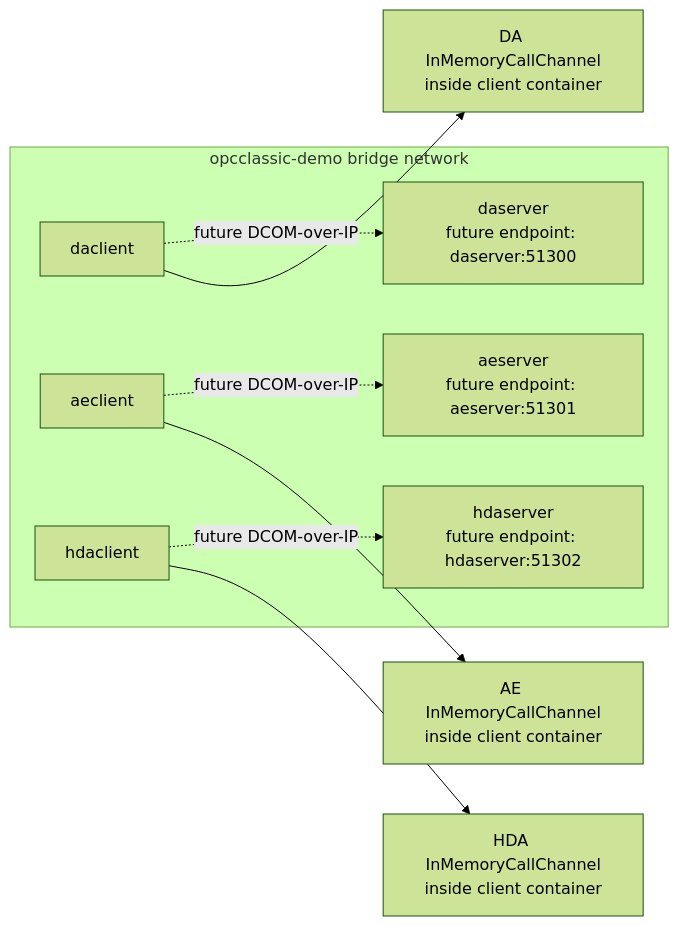
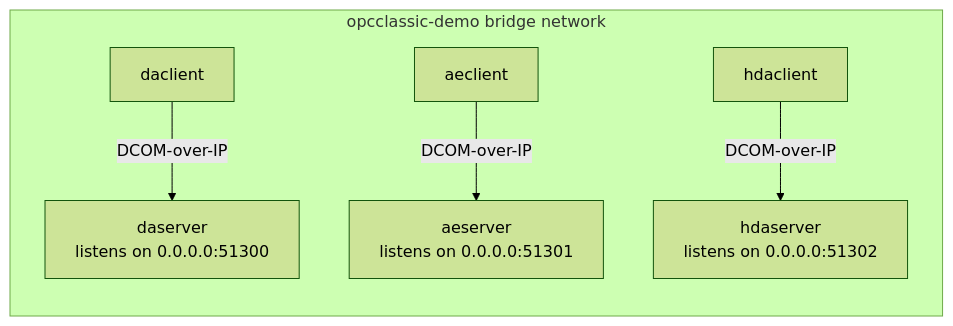
The diagram in samples/README.docker.md (marcschier/opc-classic), drawn with Mermaid (forest theme) before and after one commit. The commit also changed other lines of this file and 1 other file, not shown here.

````diff
--- a/samples/README.docker.md
+++ b/samples/README.docker.md
@@ -23,18 +25,14 @@
 ```mermaid
 flowchart LR
     subgraph net[opcclassic-demo bridge network]
-        daserver["daserver<br/>future endpoint: daserver:51300"]
+        daserver["daserver<br/>listens on 0.0.0.0:51300"]
         daclient[daclient]
-        aeserver["aeserver<br/>future endpoint: aeserver:51301"]
+        aeserver["aeserver<br/>listens on 0.0.0.0:51301"]
         aeclient[aeclient]
-        hdaserver["hdaserver<br/>future endpoint: hdaserver:51302"]
+        hdaserver["hdaserver<br/>listens on 0.0.0.0:51302"]
         hdaclient[hdaclient]
-        daclient -. future DCOM-over-IP .-> daserver
-        aeclient -. future DCOM-over-IP .-> aeserver
-        hdaclient -. future DCOM-over-IP .-> hdaserver
+        daclient -- DCOM-over-IP --> daserver
+        aeclient -- DCOM-over-IP --> aeserver
+        hdaclient -- DCOM-over-IP --> hdaserver
     end
-
-    daclient --> daInProc["DA InMemoryCallChannel<br/>inside client container"]
-    aeclient --> aeInProc["AE InMemoryCallChannel<br/>inside client container"]
-    hdaclient --> hdaInProc["HDA InMemoryCallChannel<br/>inside client container"]
 ```
````
